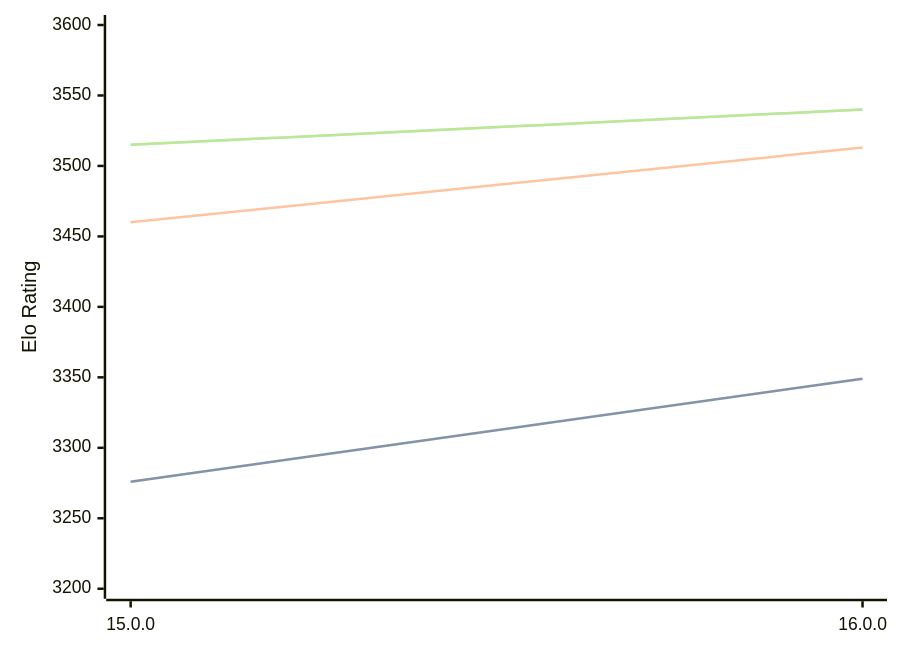
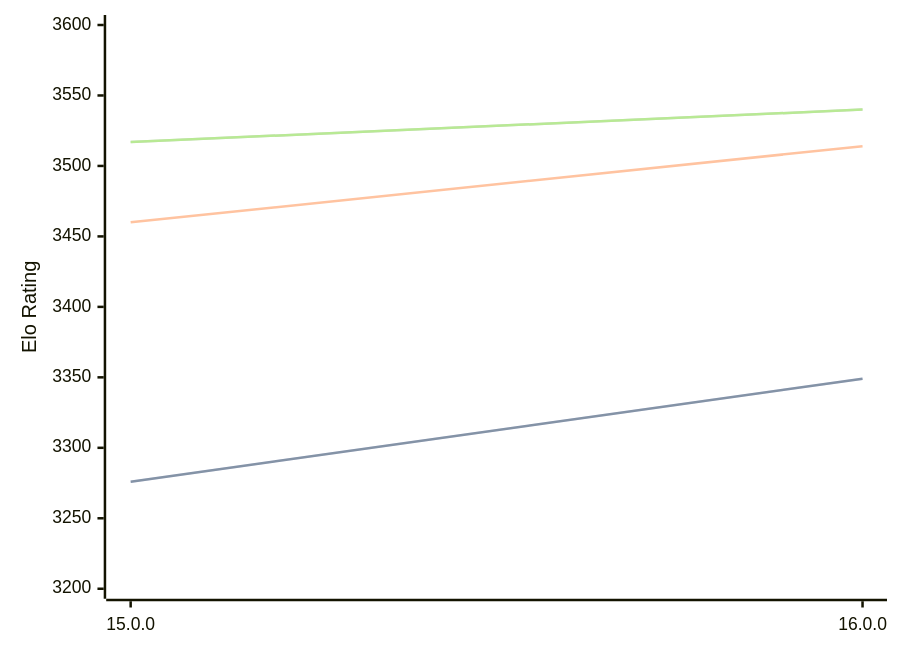
Before and after one commit to computer-chess-index/cci: the diagram in engines/Halogen.md, drawn with Mermaid. The commit also changed other lines of this file, not shown here.

Commit message:
Update CCI Ratings (ELO VLTC) - 2026-07-26

````diff
--- a/engines/Halogen.md
+++ b/engines/Halogen.md
@@ -50,11 +50,11 @@
 ```mermaid
 %%{init: {"theme":"base","themeVariables":{"seriesColors:['#a3a3a3','#222221','#faa371']}}}%%
 xychart-beta
   x-axis ["15.0.0", "16.0.0"]
   y-axis "Elo Rating" 3200 --> 3600
   line "STC (8.0+0.08s)" [3276, 3349]
   line "STC (8.0+0.08s)" [3276, 3349]
-  line "LTC (60.0+0.60s)" [3460, 3513]
-  line "VLTC (2m24s+1.12s)" [3515, 3540]
-  line "VLTC (2m24s+1.12s)" [3515, 3540]
+  line "LTC (60.0+0.60s)" [3460, 3514]
+  line "VLTC (2m24s+1.12s)" [3517, 3540]
+  line "VLTC (2m24s+1.12s)" [3517, 3540]
 ```
````
